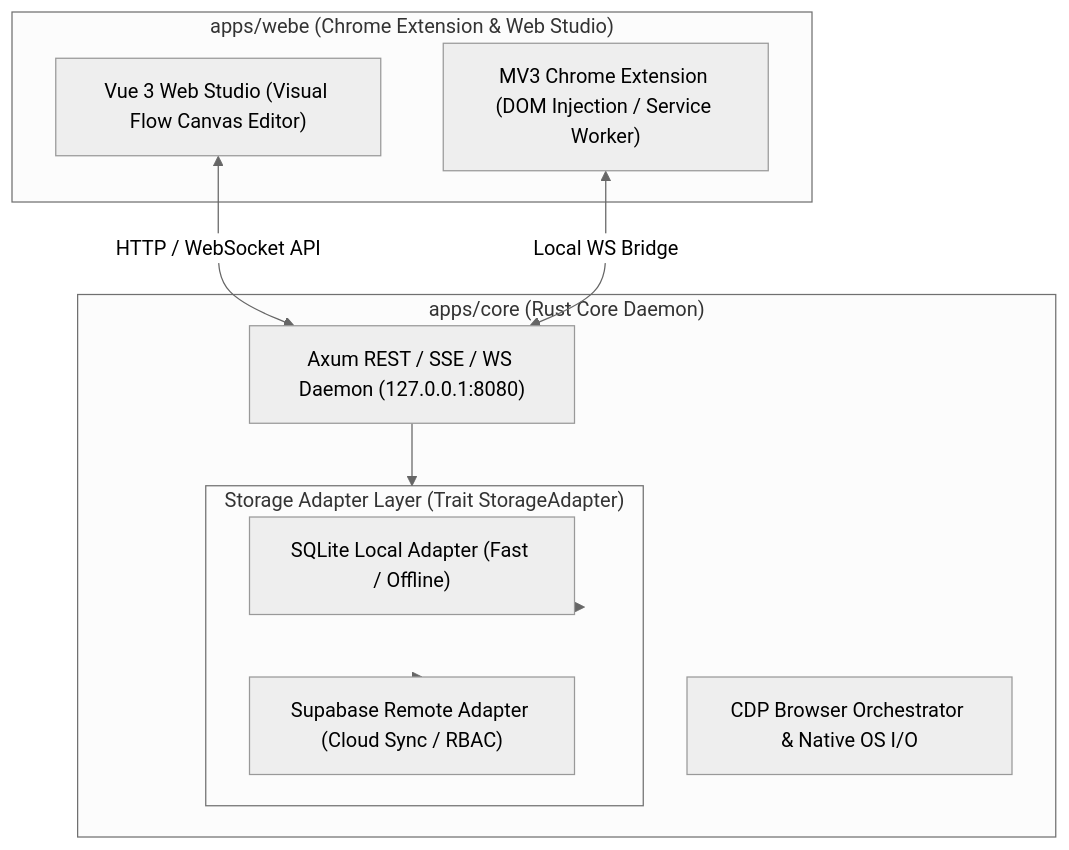
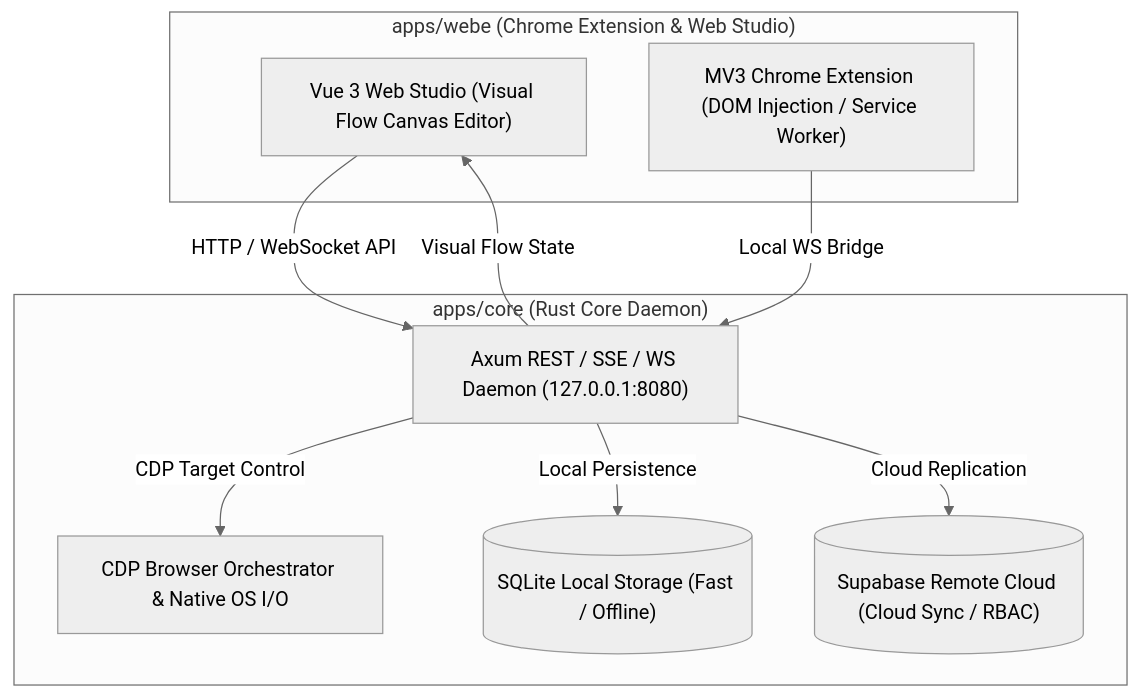
The diagram in docs/WEBE_CHROME_EXTENSION_RUST_ARCHITECTURE.md (tuquet/automa), drawn with Mermaid (neutral theme) before and after one commit. The commit also changed other lines of this file and 10 other files, not shown here.

Commit message:
feat(pages): configure GitHub Pages for architecture showcase & scalar api docs

````diff
--- a/docs/WEBE_CHROME_EXTENSION_RUST_ARCHITECTURE.md
+++ b/docs/WEBE_CHROME_EXTENSION_RUST_ARCHITECTURE.md
@@ -10,23 +10,21 @@
 ```mermaid
 flowchart TD
     subgraph WEBE["apps/webe (Chrome Extension & Web Studio)"]
         STUDIO["Vue 3 Web Studio (Visual Flow Canvas Editor)"]
         EXT["MV3 Chrome Extension (DOM Injection / Service Worker)"]
     end
 
     subgraph CORE["apps/core (Rust Core Daemon)"]
         REST["Axum REST / SSE / WS Daemon (127.0.0.1:8080)"]
         CDP["CDP Browser Orchestrator & Native OS I/O"]
-        
-        subgraph ADAPTERS["Storage Adapter Layer (Trait StorageAdapter)"]
-            SQLITE["SQLite Local Adapter (Fast / Offline)"]
-            SUPABASE["Supabase Remote Adapter (Cloud Sync / RBAC)"]
-        end
+        SQLITE[("SQLite Local Storage (Fast / Offline)")]
+        SUPABASE[("Supabase Remote Cloud (Cloud Sync / RBAC)")]
     end
 
-    STUDIO <-->|"HTTP / WebSocket API"| REST
-    EXT <-->|"Local WS Bridge"| REST
-    REST --> ADAPTERS
-    ADAPTERS --> SQLITE
-    ADAPTERS --> SUPABASE
+    STUDIO -->|"HTTP / WebSocket API"| REST
+    REST -->|"Visual Flow State"| STUDIO
+    EXT -->|"Local WS Bridge"| REST
+    REST -->|"CDP Target Control"| CDP
+    REST -->|"Local Persistence"| SQLITE
+    REST -->|"Cloud Replication"| SUPABASE
 ```
````
